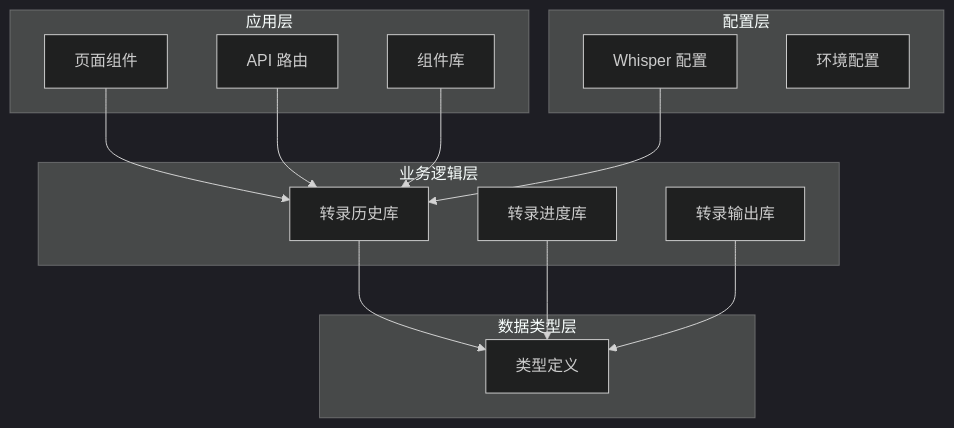
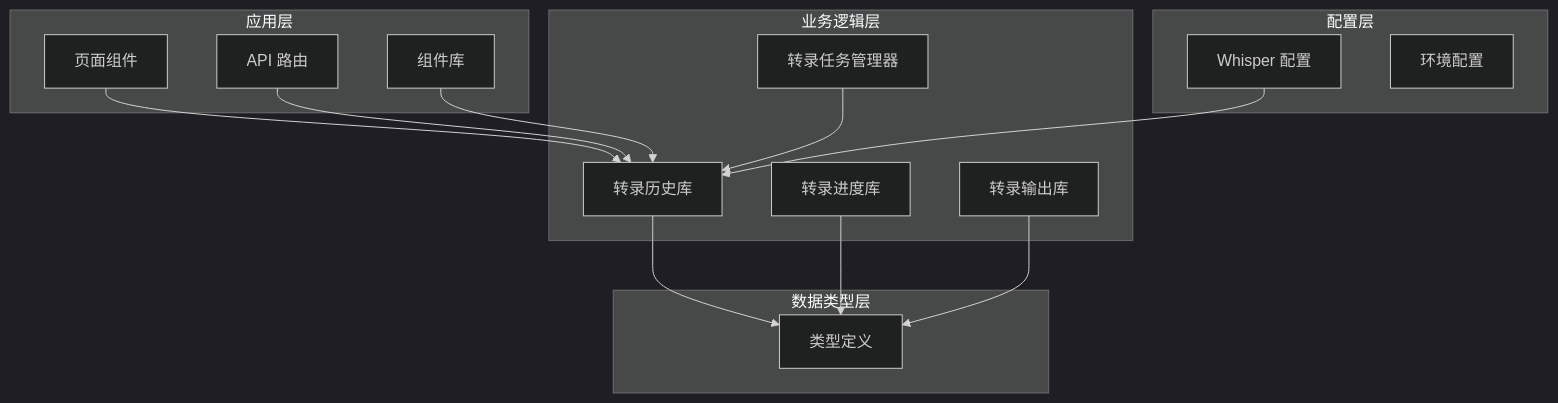
The first of 13 diagrams in .qoder/repowiki/zh/content/Transcription History System.md (clawbotai/memo-flow), drawn with Mermaid (dark theme) before and after one commit. The commit also changed other lines of this file and 4 other files, not shown here.

````diff
--- a/.qoder/repowiki/zh/content/Transcription History System.md
+++ b/.qoder/repowiki/zh/content/Transcription History System.md
@@ -40,27 +50,29 @@
 ```mermaid
 graph TB
 subgraph "应用层"
 A[页面组件]
 B[API 路由]
 C[组件库]
 end
 subgraph "业务逻辑层"
 D[转录历史库]
 E[转录进度库]
 F[转录输出库]
+G[转录任务管理器]
 end
 subgraph "数据类型层"
-G[类型定义]
+H[类型定义]
 end
 subgraph "配置层"
-H[Whisper 配置]
-I[环境配置]
+I[Whisper 配置]
+J[环境配置]
 end
 A --> D
 B --> D
 C --> D
-D --> G
-E --> G
-F --> G
-H --> D
+D --> H
+E --> H
+F --> H
+G --> D
+I --> D
 ```
````
